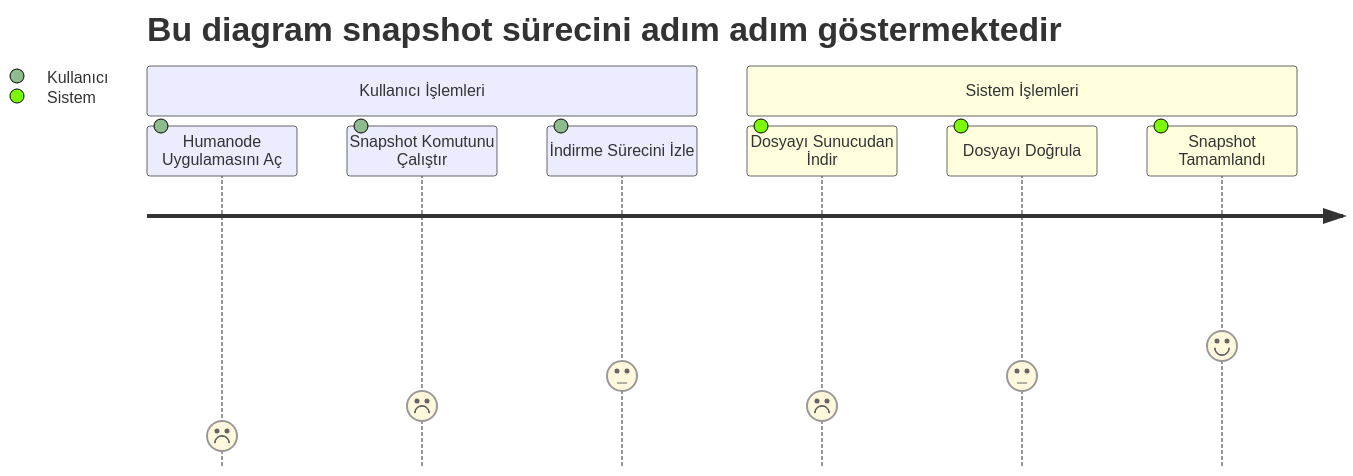
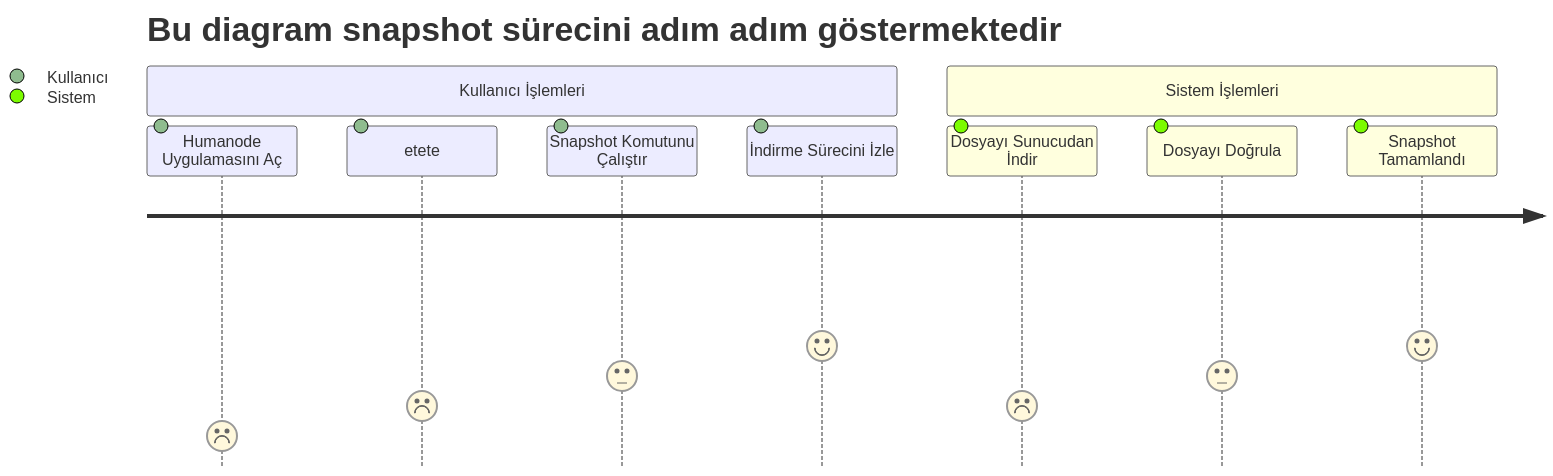
Before and after one commit to Lorento34/humanode: the diagram in Snapshot.md, drawn with Mermaid.

````diff
--- a/Snapshot.md
+++ b/Snapshot.md
@@ -8,12 +8,13 @@
 ```mermaid
 journey
     title Bu diagram snapshot sürecini adım adım göstermektedir
     section Kullanıcı İşlemleri
       Humanode Uygulamasını Aç: 1: Kullanıcı
-      Snapshot Komutunu Çalıştır: 2: Kullanıcı
-      İndirme Sürecini İzle: 3: Kullanıcı
+      etete: 2: Kullanıcı
+      Snapshot Komutunu Çalıştır: 3: Kullanıcı
+      İndirme Sürecini İzle: 4: Kullanıcı
     section Sistem İşlemleri
       Dosyayı Sunucudan İndir: 2: Sistem
       Dosyayı Doğrula: 3: Sistem
       Snapshot Tamamlandı: 4: Sistem
 ```
````
